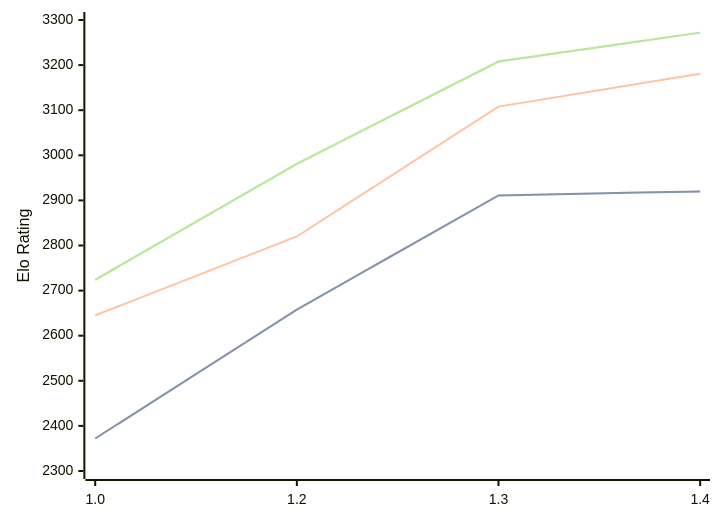
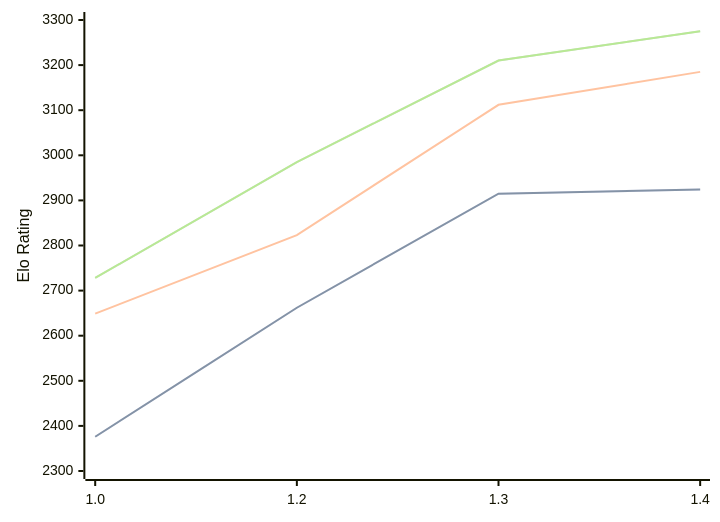
Before and after one commit to computer-chess-index/cci: the diagram in engines/Chessnix.md, drawn with Mermaid. The commit also changed other lines of this file, not shown here.

Commit message:
Update CCI Ratings (ELO VLTC) - 2026-05-02

````diff
--- a/engines/Chessnix.md
+++ b/engines/Chessnix.md
@@ -36,11 +36,11 @@
 ```mermaid
 %%{init: {"theme":"base","themeVariables":{"seriesColors:['#a3a3a3','#222221','#faa371']}}}%%
 xychart-beta
   x-axis ["1.0", "1.2", "1.3", "1.4"]
   y-axis "Elo Rating" 2300 --> 3300
-  line "STC (8.0+0.08s)" [2372, 2658, 2911, 2920]
-  line "STC (8.0+0.08s)" [2372, 2658, 2911, 2920]
-  line "LTC (60.0+0.60s)" [2645, 2820, 3108, 3181]
-  line "VLTC (2m24s+1.12s)" [2724, 2981, 3208, 3272]
-  line "VLTC (2m24s+1.12s)" [2724, 2981, 3208, 3272]
+  line "STC (8.0+0.08s)" [2376, 2662, 2915, 2924]
+  line "STC (8.0+0.08s)" [2376, 2662, 2915, 2924]
+  line "LTC (60.0+0.60s)" [2649, 2823, 3112, 3185]
+  line "VLTC (2m24s+1.12s)" [2728, 2985, 3210, 3275]
+  line "VLTC (2m24s+1.12s)" [2728, 2985, 3210, 3275]
 ```
````
